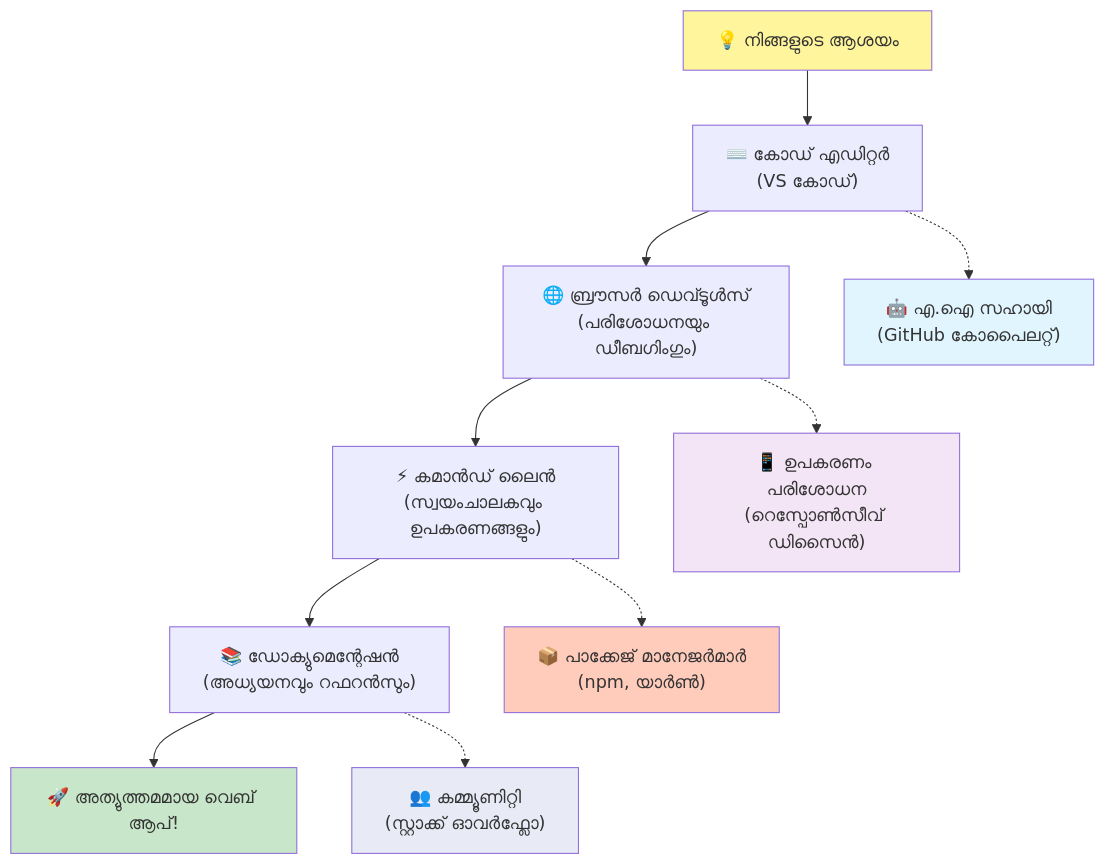
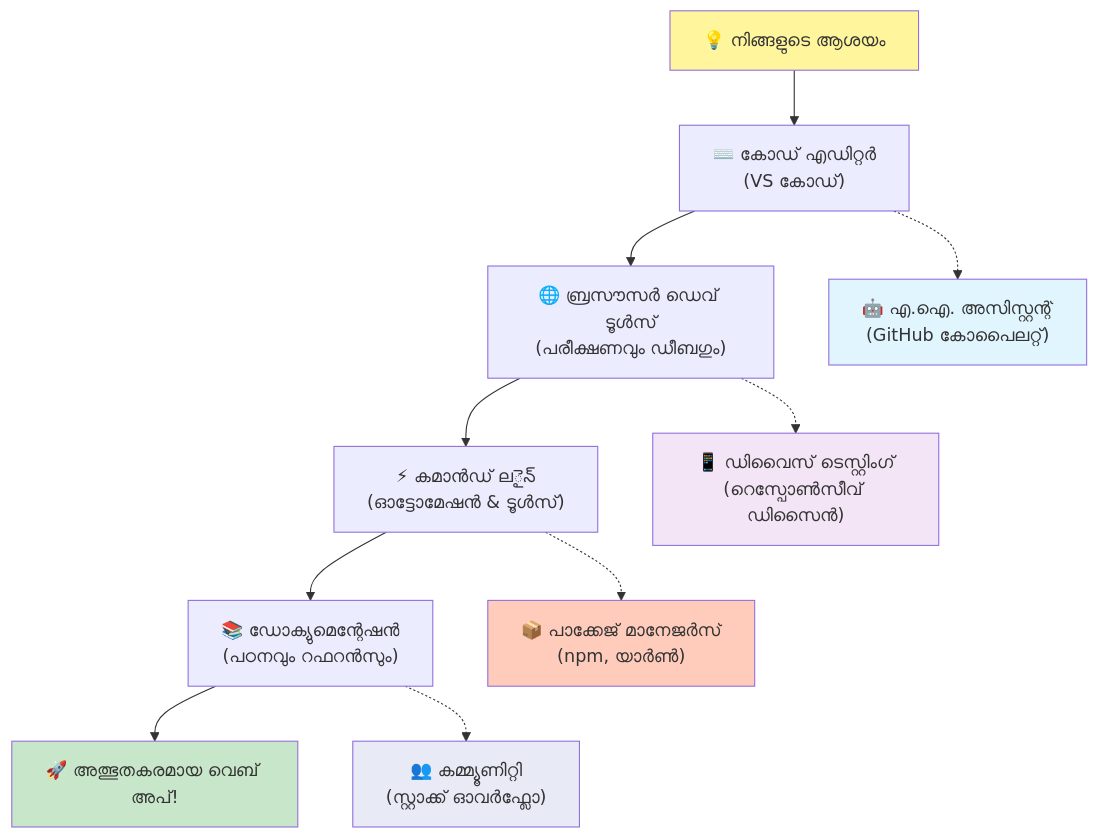
One commit to microsoft/Web-Dev-For-Beginners changed the fifth of 7 diagrams in translations/ml/1-getting-started-lessons/1-intro-to-programming-languages/README.md. Above: the diagram before and after it, drawn with Mermaid. The commit also changed other lines of this file and 13 other files, not shown here.

````diff
--- a/translations/ml/1-getting-started-lessons/1-intro-to-programming-languages/README.md
+++ b/translations/ml/1-getting-started-lessons/1-intro-to-programming-languages/README.md
@@ -487,20 +490,20 @@
 ```mermaid
 graph TD
     A["💡 നിങ്ങളുടെ ആശയം"] --> B["⌨️ കോഡ് എഡിറ്റർ<br/>(VS കോഡ്)"] 
-    B --> C["🌐 ബ്രൗസർ ഡെവ്ടൂൾസ്<br/>(പരിശോധനയും ഡീബഗിംഗും)"]
-    C --> D["⚡ കമാൻഡ് ലൈൻ<br/>(സ്വയംചാലകവും ഉപകരണങ്ങളും)"]
-    D --> E["📚 ഡോക്യുമെന്റേഷൻ<br/>(അധ്യയനവും റഫറൻസും)"]
-    E --> F["🚀 അത്യുത്തമമായ വെബ് ആപ്!"]
+    B --> C["🌐 ബ്രസൗസർ ഡെവ് ടൂൾസ്<br/>(പരീക്ഷണവും ഡീബഗും)"]
+    C --> D["⚡ കമാൻഡ് ലైన్<br/>(ഓട്ടോമേഷൻ & ടൂൾസ്)"]
+    D --> E["📚 ഡോക്യുമെന്റേഷൻ<br/>(പഠനവും റഫറൻസും)"]
+    E --> F["🚀 അത്ഭുതകരമായ വെബ് അപ്!"]
     
-    B -.-> G["🤖 എ.ഐ സഹായി<br/>(GitHub കോപൈലറ്റ്)"]
-    C -.-> H["📱 ഉപകരണം പരിശോധന<br/>(റെസ്പോൺസീവ് ഡിസൈൻ)"]
-    D -.-> I["📦 പാക്കേജ് മാനേജർമാർ<br/>(npm, യാർൺ)"]
+    B -.-> G["🤖 എ.ഐ. അസിസ്റ്റന്റ്<br/>(GitHub കോപൈലറ്റ്)"]
+    C -.-> H["📱 ഡിവൈസ് ടെസ്റ്റിംഗ്<br/>(റെസ്പോൺസീവ് ഡിസൈൻ)"]
+    D -.-> I["📦 പാക്കേജ് മാനേജർസ്<br/>(npm, യാർൺ)"]
     E -.-> J["👥 കമ്മ്യൂണിറ്റി<br/>(സ്റ്റാക്ക് ഓവർഫ്ലോ)"]
     
     style A fill:#fff59d
     style F fill:#c8e6c9
     style G fill:#e1f5fe
     style H fill:#f3e5f5
     style I fill:#ffccbc
     style J fill:#e8eaf6
 ```  
````
